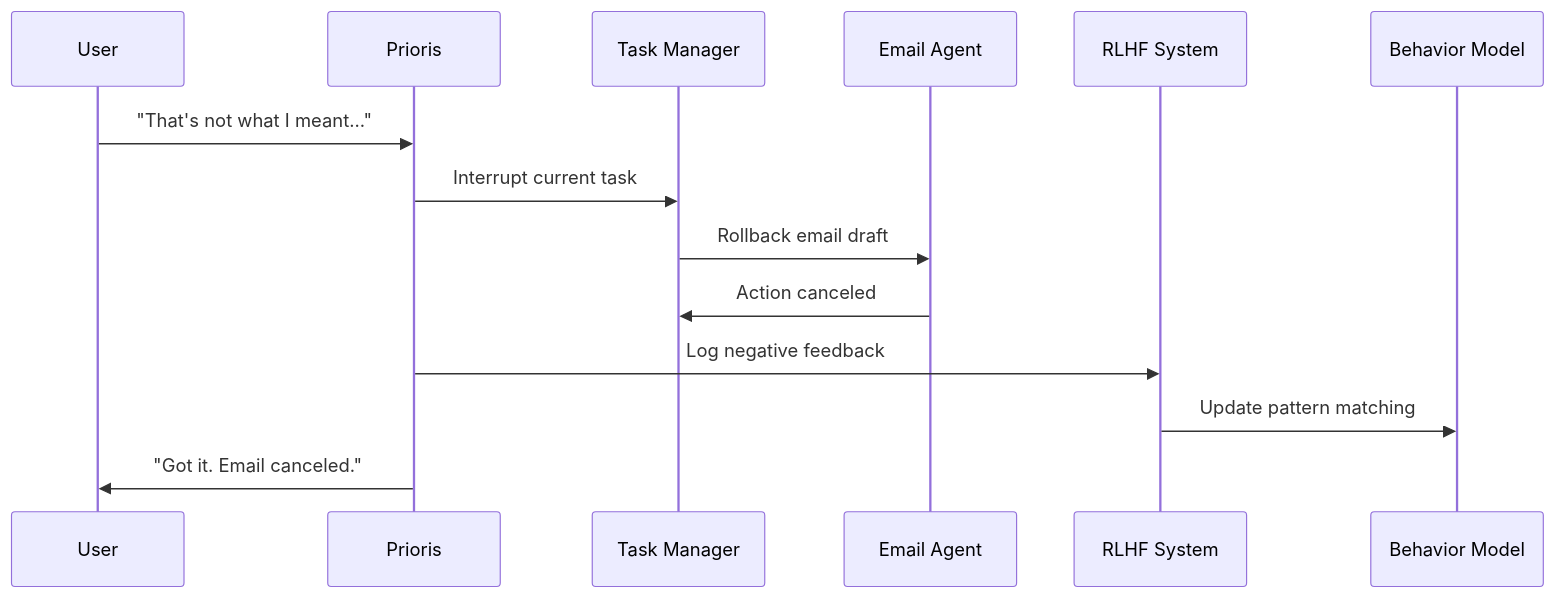
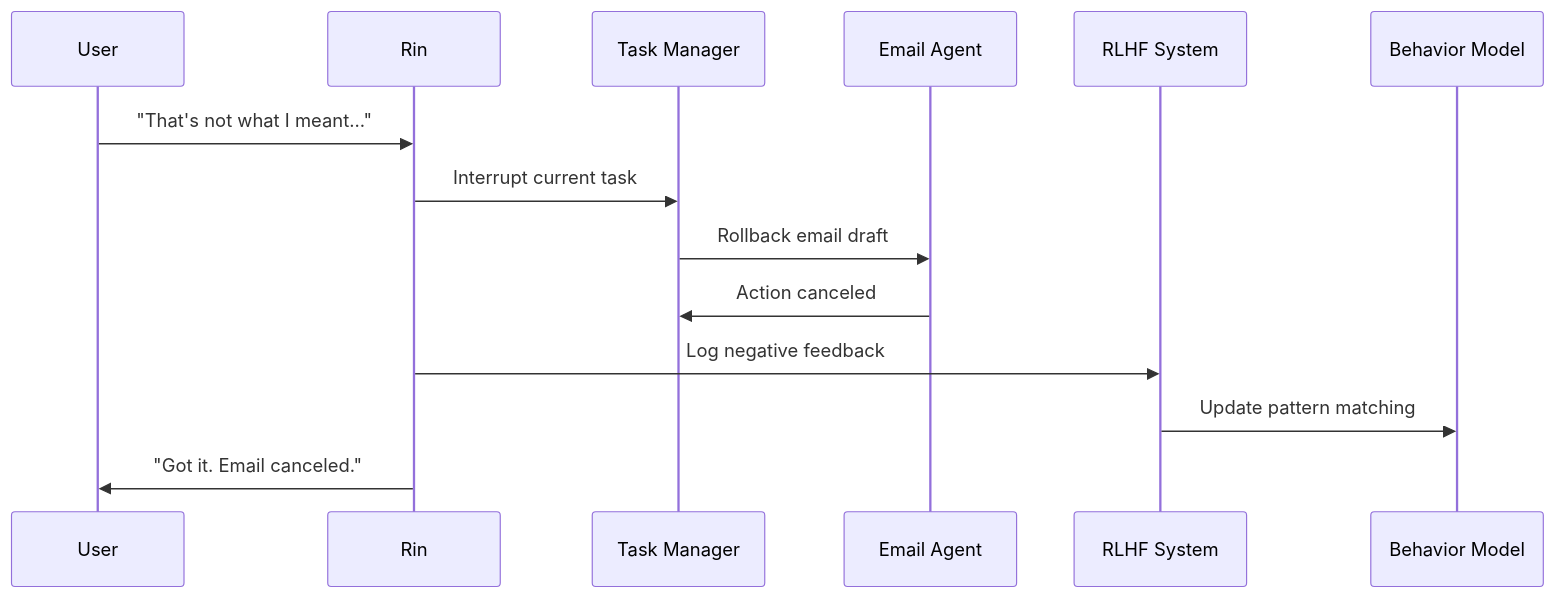
Before and after one commit to PSkinnerTech/nucleus: the fourth of 5 diagrams in pages/data-flows.mdx, drawn with Mermaid. The commit also changed other lines of this file and 13 other files, not shown here.

````diff
--- a/pages/data-flows.mdx
+++ b/pages/data-flows.mdx
@@ -127,10 +127,10 @@
 ```mermaid
 sequenceDiagram
-    User->>Prioris: "That's not what I meant..."
-    Prioris->>Task Manager: Interrupt current task
+    User->>Rin: "That's not what I meant..."
+    Rin->>Task Manager: Interrupt current task
     Task Manager->>Email Agent: Rollback email draft
     Email Agent->>Task Manager: Action canceled
-    Prioris->>RLHF System: Log negative feedback
+    Rin->>RLHF System: Log negative feedback
     RLHF System->>Behavior Model: Update pattern matching
-    Prioris->>User: "Got it. Email canceled."
+    Rin->>User: "Got it. Email canceled."
 ```
````
